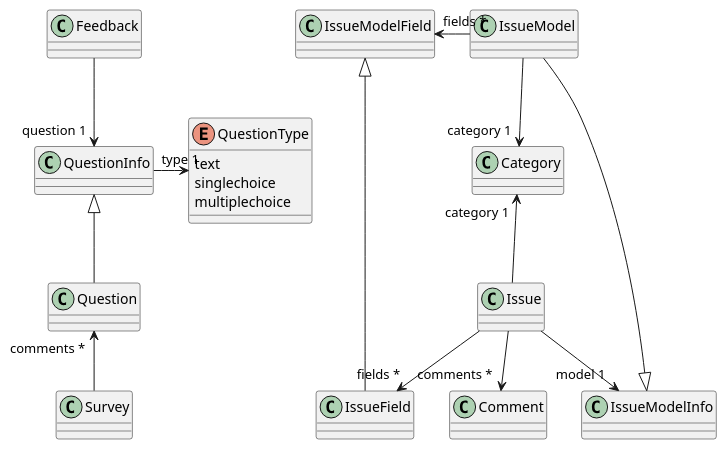
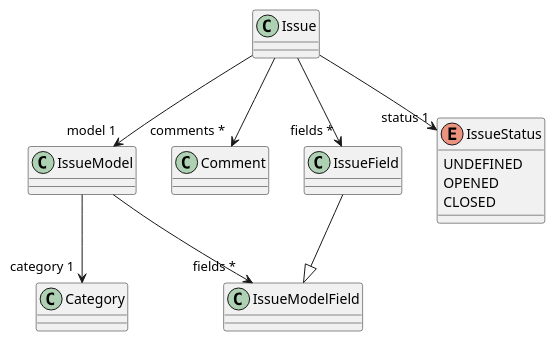
One commit to iShoFen/codefirst-support changed the second of 3 diagrams in README.md. Above: the diagram before and after it, drawn with PlantUML. The commit also changed 2 other files, not shown here.

Commit message:
:memo: update diagrams

````diff
--- a/README.md
+++ b/README.md
@@ -70,60 +72,39 @@
 ```plantuml
 @startuml
+
 class Category {
 }
 
 class Issue {
 }
 
 class IssueModel {
 }
 
 class Comment {
 }
 
 class IssueField {
 }
 
 class IssueModelField {
 }
 
-class IssueModelInfo {
+enum IssueStatus {
+  UNDEFINED
+  OPENED
+  CLOSED
 }
 
-Issue -up-> "category 1" Category
 Issue --> "fields *" IssueField
 Issue --> "comments *" Comment
-Issue -down-> "model 1" IssueModelInfo
+Issue --> "model 1" IssueModel
+Issue --> "status 1" IssueStatus
 
 IssueModel --> "category 1" Category
-IssueModel -left-> "fields *" IssueModelField
+IssueModel --> "fields *" IssueModelField
 
-IssueModel -up-|> IssueModelInfo
-IssueField -up-|> IssueModelField
+IssueField --|> IssueModelField
 
-
-class Survey {
-}
-
-class Question {
-}
-
-enum QuestionType {
-  text
-  singlechoice
-  multiplechoice
-}
-
-class Feedback {
-}
-
-class QuestionInfo {
-}
-
-Survey -up-> "comments *" Question
-Feedback --> "question 1" QuestionInfo
-QuestionInfo -right-> "type 1" QuestionType
-
-Question -up-|> QuestionInfo
 @enduml
 ```
````
